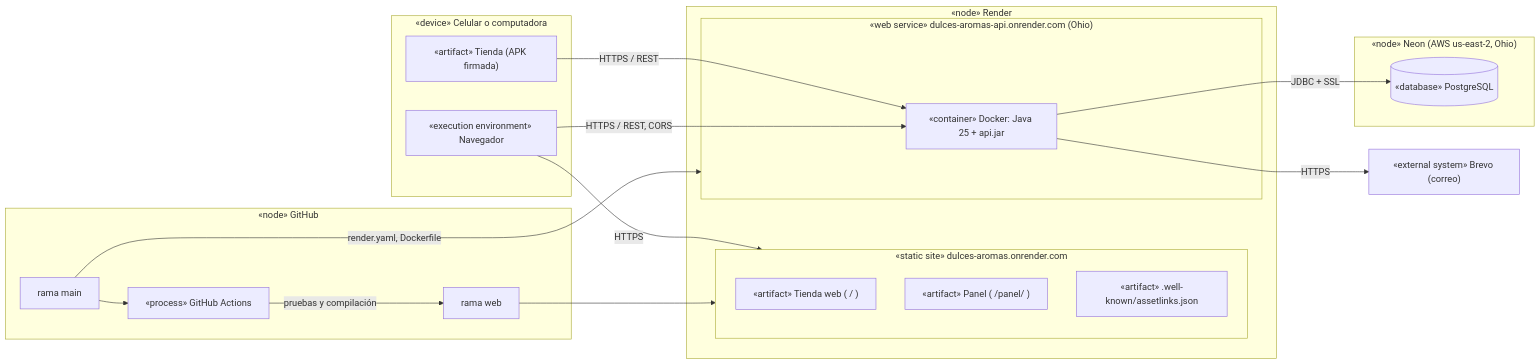
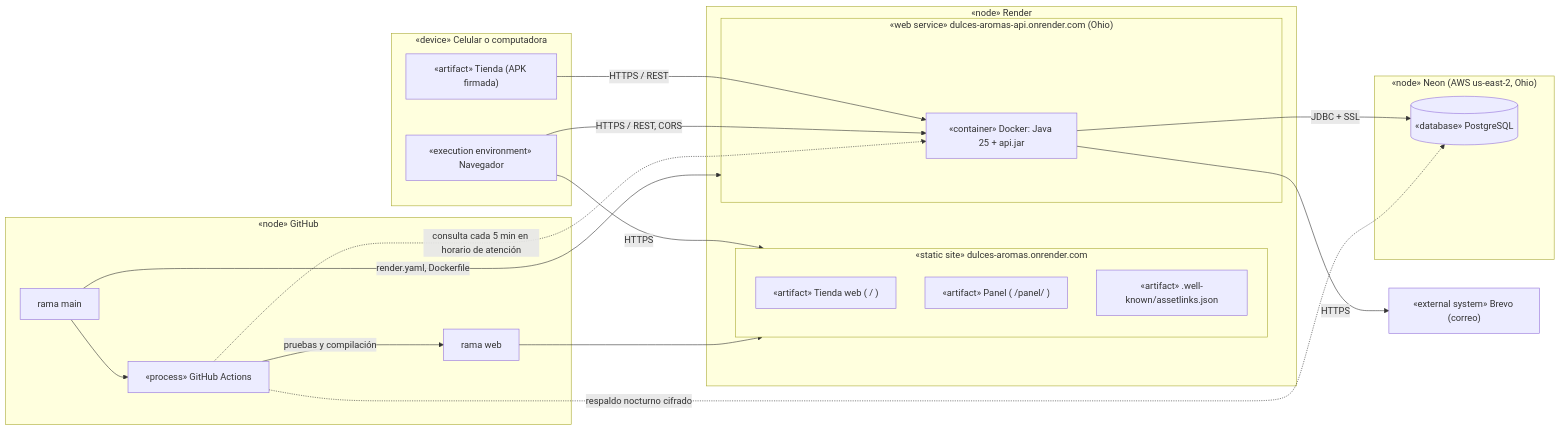
Before and after one commit to Anton10-AR/DulcesAromas: the ninth of 11 diagrams in docs/04-modelos-uml.md, drawn with Mermaid. The commit also changed other lines of this file and 4 other files, not shown here.

First line of the commit message:
Nube: respaldo diario cifrado con restauración probada y API despierta en horario de atención (RNF02, RNF13, RNF14)

````diff
--- a/docs/04-modelos-uml.md
+++ b/docs/04-modelos-uml.md
@@ -456,33 +456,35 @@
 ```mermaid
 flowchart LR
   subgraph Cliente["«device» Celular o computadora"]
     APK["«artifact» Tienda (APK firmada)"]
     Nav["«execution environment» Navegador"]
   end
   subgraph Render["«node» Render"]
     subgraph Sitio["«static site» dulces-aromas.onrender.com"]
       TiendaWeb["«artifact» Tienda web ( / )"]
       PanelWeb["«artifact» Panel ( /panel/ )"]
       Enlaces["«artifact» .well-known/assetlinks.json"]
     end
     subgraph Servicio["«web service» dulces-aromas-api.onrender.com (Ohio)"]
       Contenedor["«container» Docker: Java 25 + api.jar"]
     end
   end
   subgraph Neon["«node» Neon (AWS us-east-2, Ohio)"]
     PG[("«database» PostgreSQL")]
   end
   Brevo["«external system» Brevo (correo)"]
   subgraph GitHub["«node» GitHub"]
     Main["rama main"]
     Actions["«process» GitHub Actions"]
     Web["rama web"]
   end
   Nav -->|HTTPS| Sitio
   APK -->|HTTPS / REST| Contenedor
   Nav -->|HTTPS / REST, CORS| Contenedor
   Contenedor -->|JDBC + SSL| PG
   Contenedor -->|HTTPS| Brevo
   Main --> Actions -->|pruebas y compilación| Web --> Sitio
   Main -->|render.yaml, Dockerfile| Servicio
+  Actions -.->|respaldo nocturno cifrado| PG
+  Actions -.->|consulta cada 5 min en horario de atención| Contenedor
 ```
````
